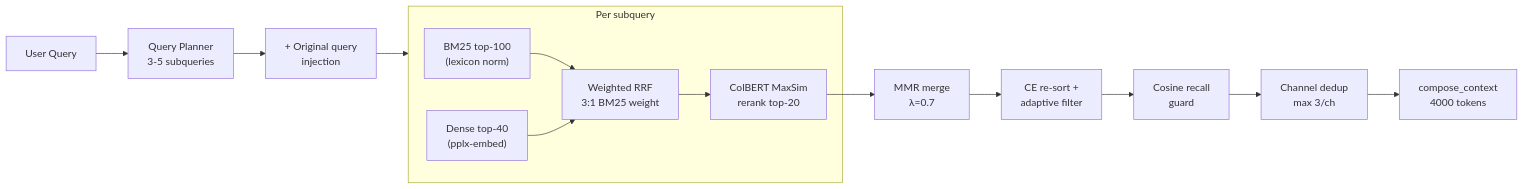
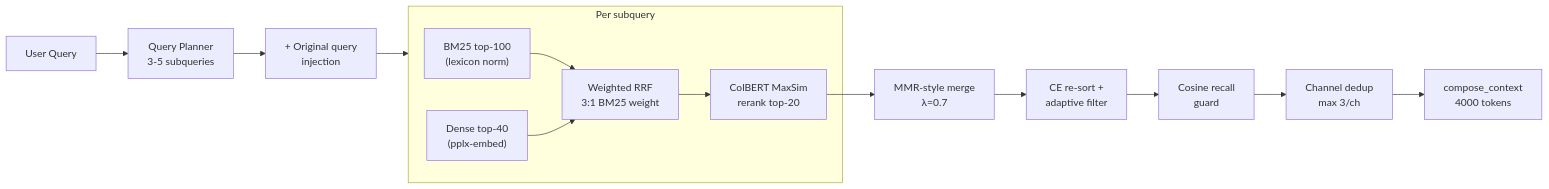
Before and after one commit to ezsx/rag_app: the second of 3 diagrams in README.md, drawn with Mermaid. The commit also changed other lines of this file and 15 other files, not shown here.

````diff
--- a/README.md
+++ b/README.md
@@ -235,19 +237,19 @@
 ```mermaid
 graph LR
     Q["User Query"] --> QP["Query Planner<br/>3-5 subqueries"]
     QP --> OQ["+ Original query<br/>injection"]
 
     subgraph PER_Q["Per subquery"]
         BM25["BM25 top-100<br/>(lexicon norm)"]
         DENSE["Dense top-40<br/>(pplx-embed)"]
         BM25 & DENSE --> RRF["Weighted RRF<br/>3:1 BM25 weight"]
         RRF --> CB["ColBERT MaxSim<br/>rerank top-20"]
     end
 
     OQ --> PER_Q
-    CB --> MMR["MMR merge<br/>λ=0.7"]
+    CB --> MMR["MMR-style merge<br/>λ=0.7"]
     MMR --> CE["CE re-sort +<br/>adaptive filter"]
     CE --> COS["Cosine recall<br/>guard"]
     COS --> DD["Channel dedup<br/>max 3/ch"]
     DD --> CTX["compose_context<br/>4000 tokens"]
 ```
````
